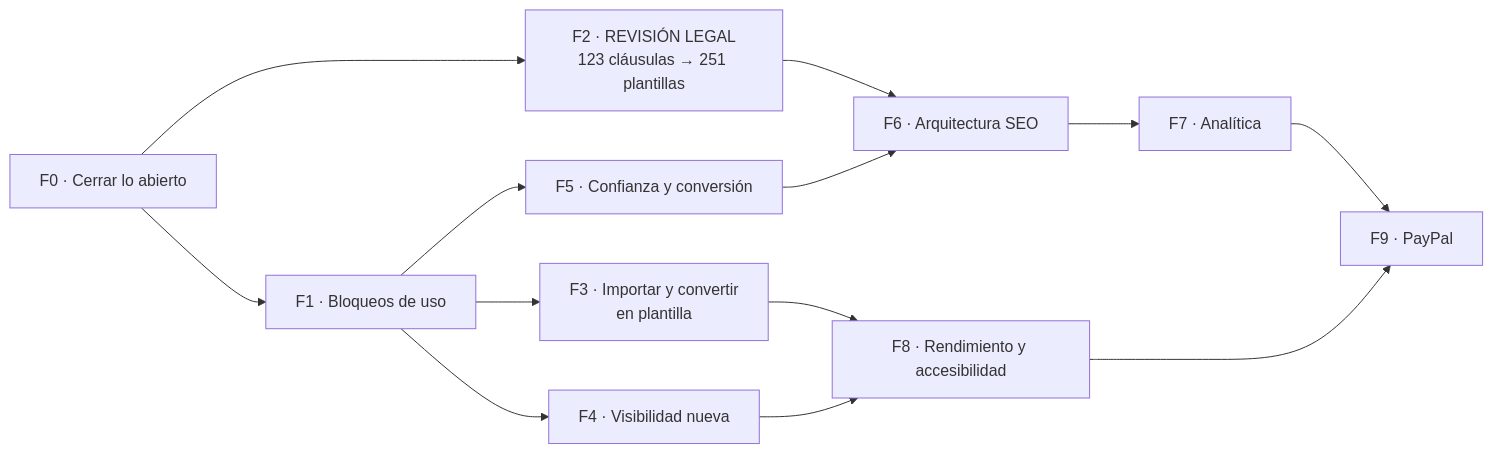
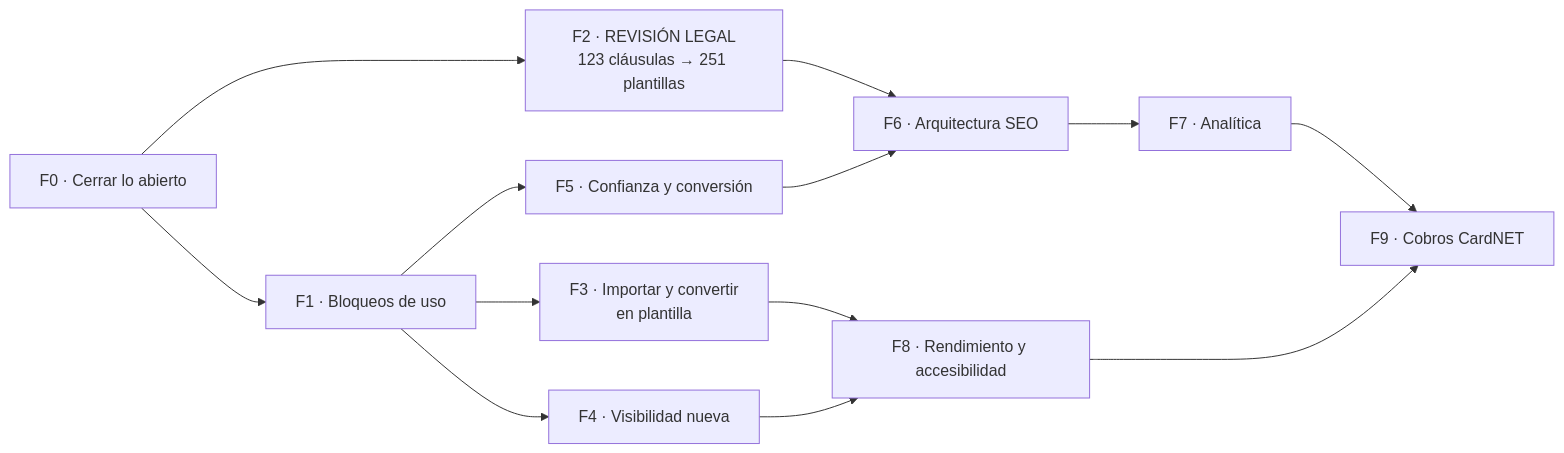
Before and after one commit to ElianaSalinas/CreadorDePlantillasLegales: the diagram in docs/planificacion/12-PLAN-FINAL.md, drawn with Mermaid. The commit also changed other lines of this file, not shown here.

First line of the commit message:
docs: la Fase 9 pasa a CardNET y PayPal queda descartado

````diff
--- a/docs/planificacion/12-PLAN-FINAL.md
+++ b/docs/planificacion/12-PLAN-FINAL.md
@@ -18,15 +18,15 @@
 ```mermaid
 flowchart LR
   F0["F0 · Cerrar lo abierto"] --> F1["F1 · Bloqueos de uso"]
   F0 --> F2["F2 · REVISIÓN LEGAL<br/>123 cláusulas → 251 plantillas"]
   F1 --> F3["F3 · Importar y convertir<br/>en plantilla"]
   F1 --> F4["F4 · Visibilidad nueva"]
   F1 --> F5["F5 · Confianza y conversión"]
   F2 --> F6["F6 · Arquitectura SEO"]
   F5 --> F6
   F6 --> F7["F7 · Analítica"]
   F3 --> F8["F8 · Rendimiento y accesibilidad"]
   F4 --> F8
-  F7 --> F9["F9 · PayPal"]
+  F7 --> F9["F9 · Cobros CardNET"]
   F8 --> F9
 ```
````
